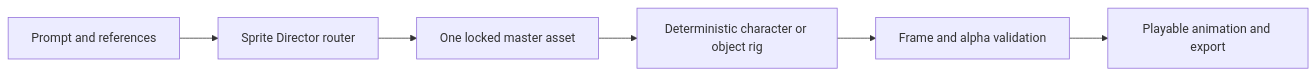
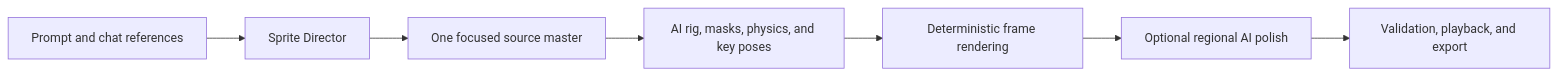
Before and after one commit to JohnKinyanjui/sprite-maker: the diagram in README.md, drawn with Mermaid. The commit also changed other lines of this file and 67 other files, not shown here.

````diff
--- a/README.md
+++ b/README.md
@@ -90,8 +132,9 @@
 ```mermaid
 flowchart LR
-    A[Prompt and references] --> B[Sprite Director router]
-    B --> C[One locked master asset]
-    C --> D[Deterministic character or object rig]
-    D --> E[Frame and alpha validation]
-    E --> F[Playable animation and export]
+    A["Prompt and chat references"] --> B["Sprite Director"]
+    B --> C["One focused source master"]
+    C --> D["AI rig, masks, physics, and key poses"]
+    D --> E["Deterministic frame rendering"]
+    E --> F["Optional regional AI polish"]
+    F --> G["Validation, playback, and export"]
 ```
````
